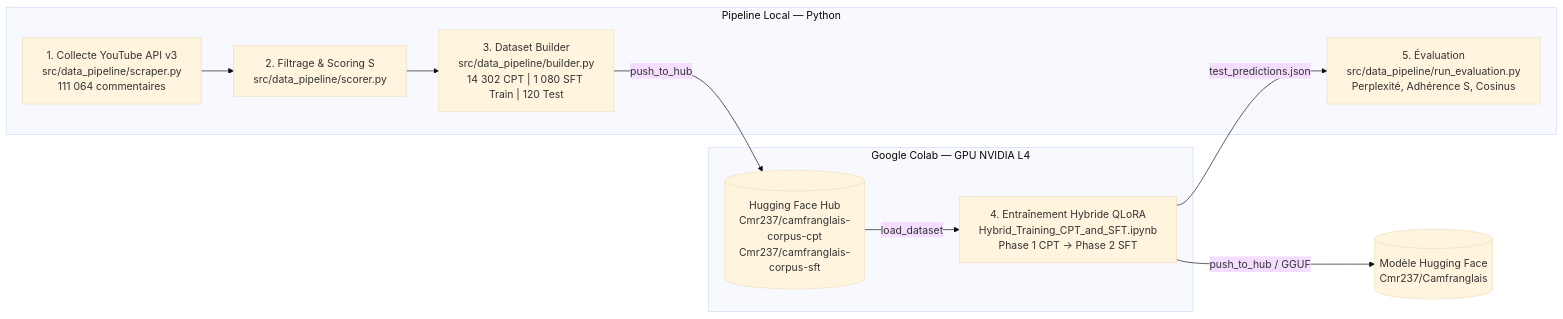
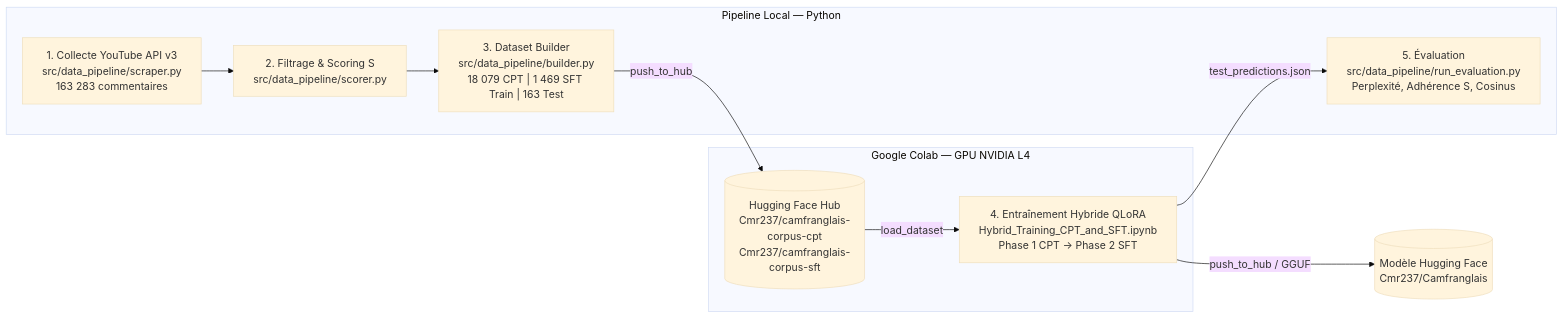
Before and after one commit to darylbdr/CameroonianLLM: the diagram in README.md, drawn with Mermaid (base theme). The commit also changed other lines of this file and 3 other files, not shown here.

````diff
--- a/README.md
+++ b/README.md
@@ -22,14 +22,14 @@
 ```mermaid
 flowchart LR
     subgraph LocalPC ["Pipeline Local — Python"]
-        A["1. Collecte YouTube API v3<br/>src/data_pipeline/scraper.py<br/>111 064 commentaires"] --> B["2. Filtrage & Scoring S<br/>src/data_pipeline/scorer.py"]
-        B --> C["3. Dataset Builder<br/>src/data_pipeline/builder.py<br/>14 302 CPT | 1 080 SFT Train | 120 Test"]
+        A["1. Collecte YouTube API v3<br/>src/data_pipeline/scraper.py<br/>163 283 commentaires"] --> B["2. Filtrage & Scoring S<br/>src/data_pipeline/scorer.py"]
+        B --> C["3. Dataset Builder<br/>src/data_pipeline/builder.py<br/>18 079 CPT | 1 469 SFT Train | 163 Test"]
         E["5. Évaluation<br/>src/data_pipeline/run_evaluation.py<br/>Perplexité, Adhérence S, Cosinus"]
     end
     C -->|"push_to_hub"| HF[("Hugging Face Hub<br/>Cmr237/camfranglais-corpus-cpt<br/>Cmr237/camfranglais-corpus-sft")]
     subgraph ColabGPU ["Google Colab — GPU NVIDIA L4"]
         HF -->|"load_dataset"| D["4. Entraînement Hybride QLoRA<br/>Hybrid_Training_CPT_and_SFT.ipynb<br/>Phase 1 CPT -> Phase 2 SFT"]
     end
     D -->|"push_to_hub / GGUF"| HFM[("Modèle Hugging Face<br/>Cmr237/Camfranglais")]
     D -->|"test_predictions.json"| E
 ```
````
